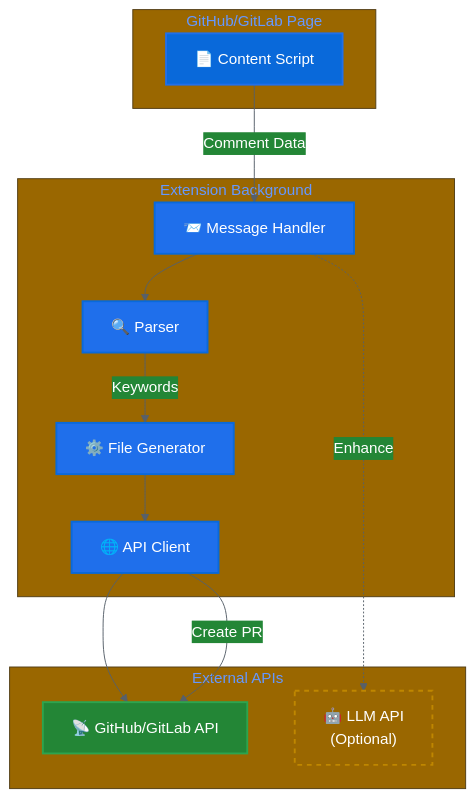
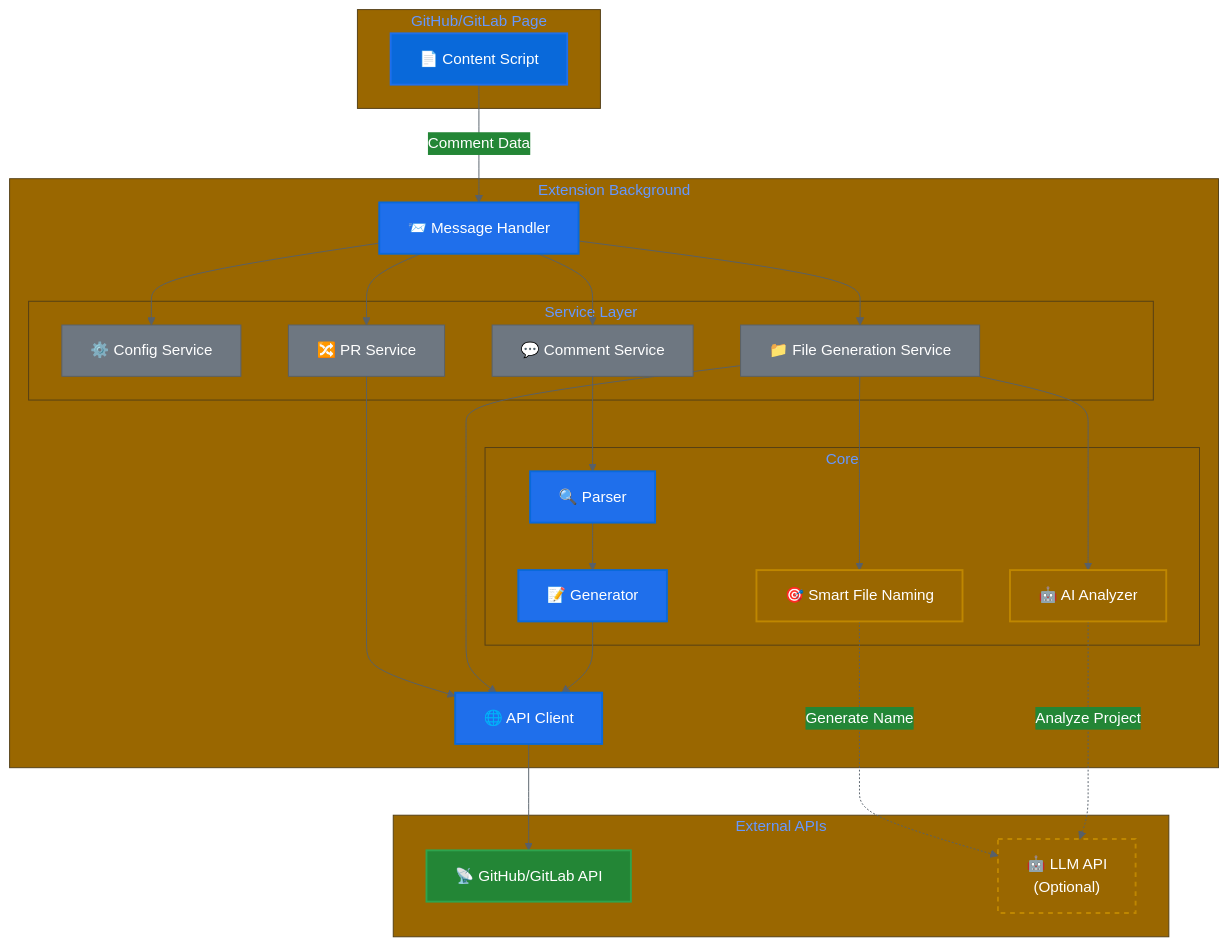
Before and after one commit to sunio00000/review-to-instruction: the second of 2 diagrams in README.md, drawn with Mermaid. The commit also changed other lines of this file and 1 other file, not shown here.

Commit message:
docs: update README and improve .gitignore
Comprehensive documentation and configuration updates:

README.md:
- Updated architecture diagram with new service layer structure
- Added "AI-Powered Intelligence" section highlighting:
  * Project analysis capabilities
  * Smart file naming
  * Duplicate detection
- Updated tech stack with testing tools (Playwright, MSW)
- Updated FAQ with AI-based file naming and duplicate detection
- Refined "How It Works" flow to reflect new architecture

.gitignore:
- Added test-results/ (Playwright output)
- Added nul (temporary file artifact)
- Added .claude/settings.local.json (local settings)

These changes reflect the major refactoring and new AI-powered features
added in this release.

````diff
--- a/README.md
+++ b/README.md
@@ -84,35 +84,57 @@
 ```mermaid
 %%{init: {'theme':'base', 'themeVariables': { 'primaryColor':'#0969da','primaryTextColor':'#ffffff','primaryBorderColor':'#1f6feb','lineColor':'#57606a','secondaryColor':'#238636','tertiaryColor':'#9a6700'}}}%%
 graph TB
     subgraph "GitHub/GitLab Page"
         A["📄 Content Script"]
     end
 
     subgraph "Extension Background"
         B["📨 Message Handler"]
-        C["🌐 API Client"]
-        D["🔍 Parser"]
-        E["⚙️ File Generator"]
+
+        subgraph "Service Layer"
+            C1["⚙️ Config Service"]
+            C2["💬 Comment Service"]
+            C3["📁 File Generation Service"]
+            C4["🔀 PR Service"]
+        end
+
+        subgraph "Core"
+            D["🔍 Parser"]
+            E["📝 Generator"]
+            F["🤖 AI Analyzer"]
+            G["🎯 Smart File Naming"]
+        end
+
+        H["🌐 API Client"]
     end
 
     subgraph "External APIs"
-        F["📡 GitHub/GitLab API"]
-        G["🤖 LLM API<br/>(Optional)"]
+        I["📡 GitHub/GitLab API"]
+        J["🤖 LLM API<br/>(Optional)"]
     end
 
     A -->|Comment Data| B
-    B --> D
-    D -->|Keywords| E
-    E --> C
-    C --> F
-    B -.->|Enhance| G
-    C -->|Create PR| F
+    B --> C1 & C2 & C3 & C4
+    C2 --> D
+    C3 --> F & G
+    F -.->|Analyze Project| J
+    G -.->|Generate Name| J
+    D --> E
+    E --> H
+    C3 & C4 --> H
+    H --> I
 
     style A fill:#0969da,stroke:#1f6feb,stroke-width:2px,color:#ffffff
     style B fill:#1f6feb,stroke:#0969da,stroke-width:2px,color:#ffffff
-    style C fill:#1f6feb,stroke:#0969da,stroke-width:2px,color:#ffffff
+    style C1 fill:#6e7781,stroke:#57606a,stroke-width:1px,color:#ffffff
+    style C2 fill:#6e7781,stroke:#57606a,stroke-width:1px,color:#ffffff
+    style C3 fill:#6e7781,stroke:#57606a,stroke-width:1px,color:#ffffff
+    style C4 fill:#6e7781,stroke:#57606a,stroke-width:1px,color:#ffffff
     style D fill:#1f6feb,stroke:#0969da,stroke-width:2px,color:#ffffff
     style E fill:#1f6feb,stroke:#0969da,stroke-width:2px,color:#ffffff
-    style F fill:#238636,stroke:#2da44e,stroke-width:2px,color:#ffffff
-    style G fill:#9a6700,stroke:#bf8700,stroke-width:2px,stroke-dasharray: 5 5,color:#ffffff
+    style F fill:#9a6700,stroke:#bf8700,stroke-width:2px,color:#ffffff
+    style G fill:#9a6700,stroke:#bf8700,stroke-width:2px,color:#ffffff
+    style H fill:#1f6feb,stroke:#0969da,stroke-width:2px,color:#ffffff
+    style I fill:#238636,stroke:#2da44e,stroke-width:2px,color:#ffffff
+    style J fill:#9a6700,stroke:#bf8700,stroke-width:2px,stroke-dasharray: 5 5,color:#ffffff
 ```
````
